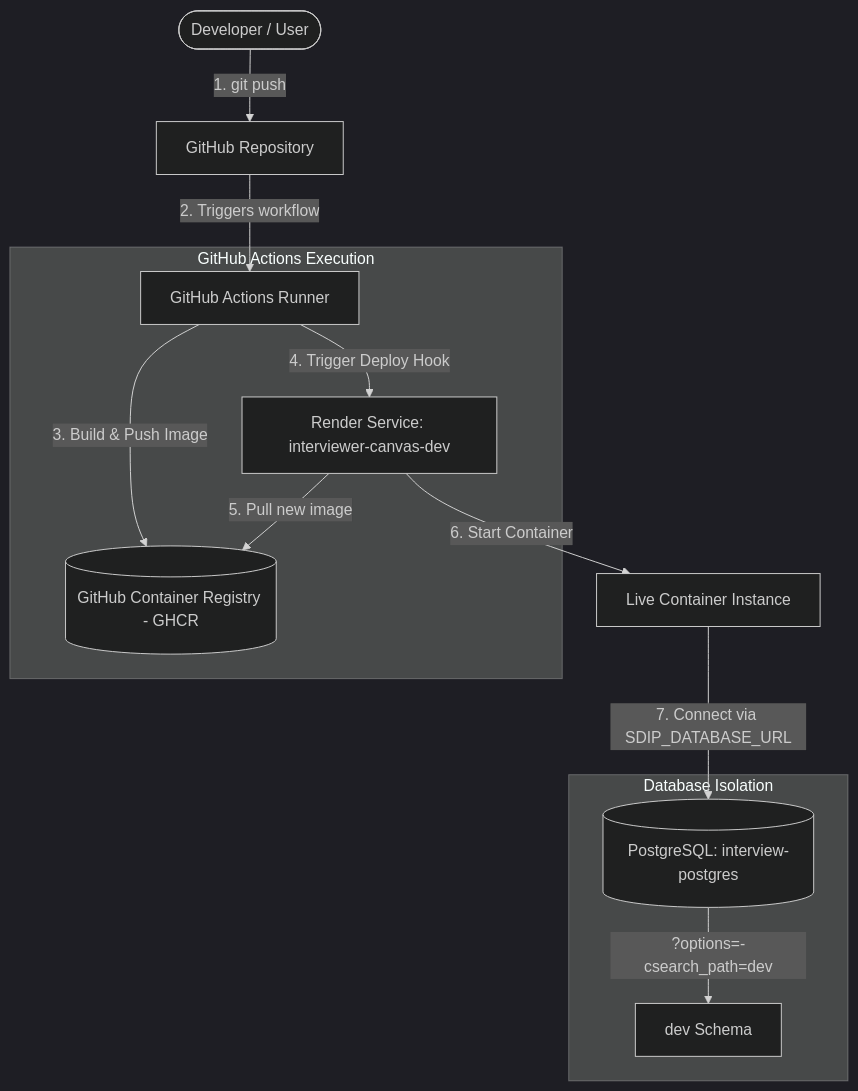
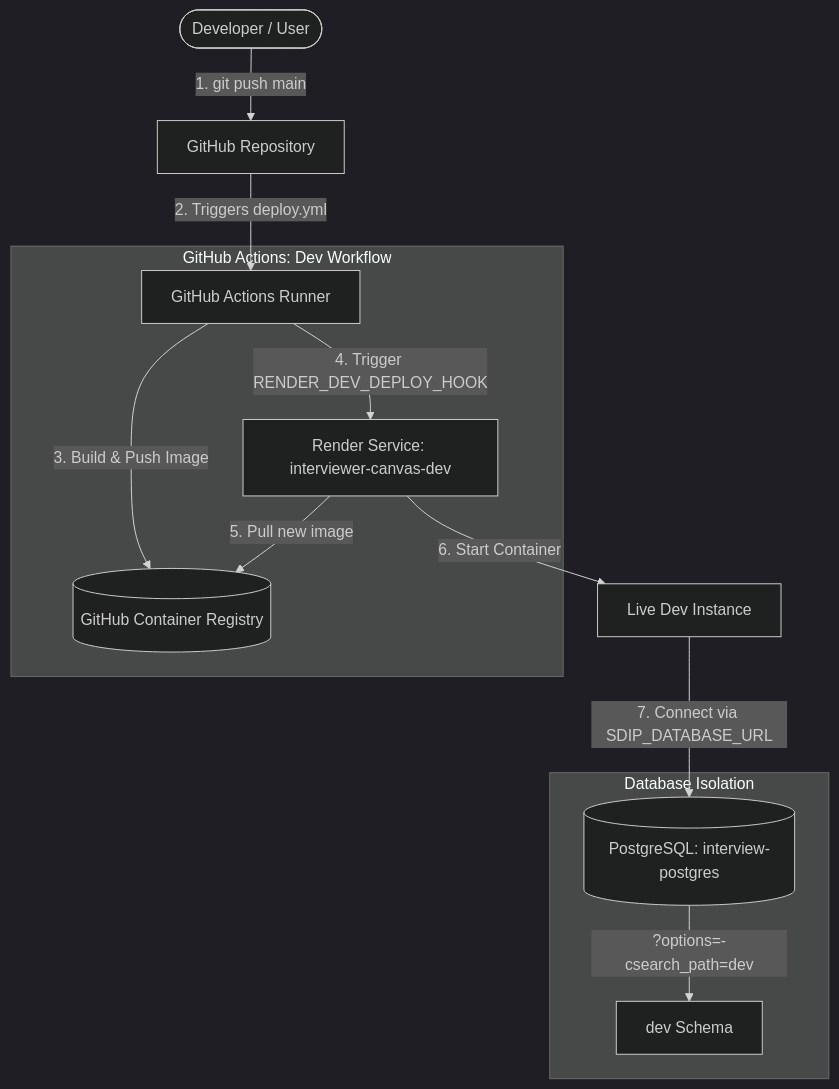
Before and after one commit to SabaYahyaa/interview-canvas-share-training-dev-tools-zoomcamp: the first of 2 diagrams in README.md, drawn with Mermaid (dark theme). The commit also changed other lines of this file and 5 other files, not shown here.

````diff
--- a/README.md
+++ b/README.md
@@ -88,18 +93,18 @@
 ```mermaid
 flowchart TD
-    User([Developer / User]) -->|1. git push| GHRepo[GitHub Repository]
-    GHRepo -->|2. Triggers workflow| GHRunner[GitHub Actions Runner]
+    User([Developer / User]) -->|1. git push main| GHRepo[GitHub Repository]
+    GHRepo -->|2. Triggers deploy.yml| GHRunner[GitHub Actions Runner]
     
-    subgraph GHActions [GitHub Actions Execution]
-        GHRunner -->|3. Build & Push Image| GHCR[(GitHub Container Registry - GHCR)]
-        GHRunner -->|4. Trigger Deploy Hook| Render[Render Service: interviewer-canvas-dev]
+    subgraph GHActionsDev [GitHub Actions: Dev Workflow]
+        GHRunner -->|3. Build & Push Image| GHCR[(GitHub Container Registry)]
+        GHRunner -->|4. Trigger RENDER_DEV_DEPLOY_HOOK| RenderDev[Render Service: interviewer-canvas-dev]
     end
     
-    Render -->|5. Pull new image| GHCR
-    Render -->|6. Start Container| RenderContainer[Live Container Instance]
-    RenderContainer -->|7. Connect via SDIP_DATABASE_URL| DB[(PostgreSQL: interview-postgres)]
+    RenderDev -->|5. Pull new image| GHCR
+    RenderDev -->|6. Start Container| DevContainer[Live Dev Instance]
+    DevContainer -->|7. Connect via SDIP_DATABASE_URL| DB[(PostgreSQL: interview-postgres)]
     
-    subgraph SchemaIsolation [Database Isolation]
+    subgraph SchemaDev [Database Isolation]
         DB -->|?options=-csearch_path=dev| DevSchema[dev Schema]
     end
 ```
````
